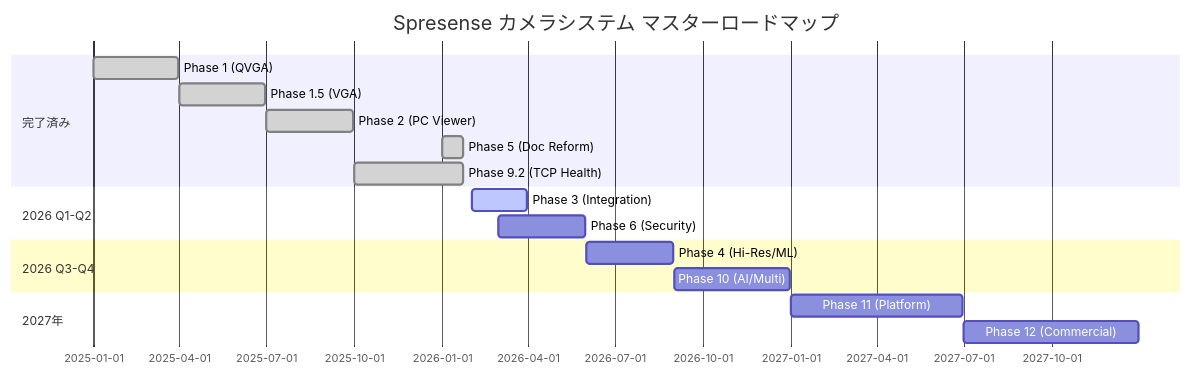
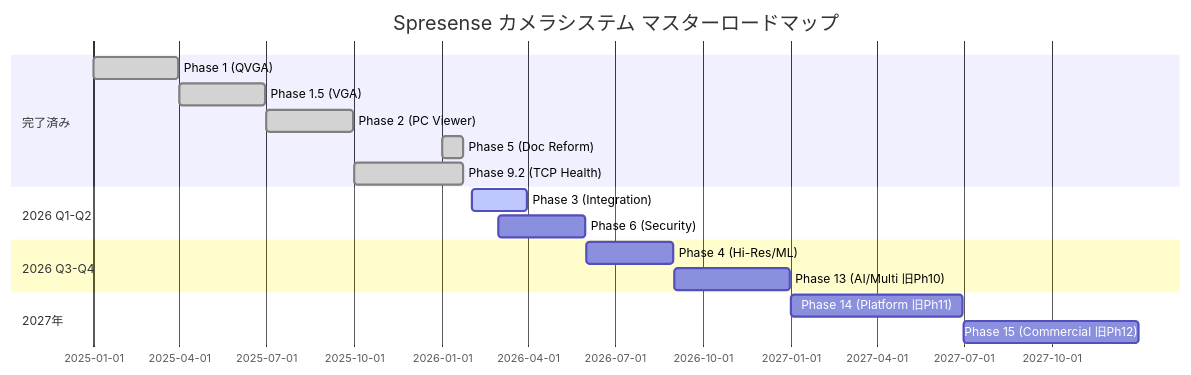
Before and after one commit to ken11111/Spr_wk: the diagram in docs/security_camera/05_future_actions/master_roadmap/MASTER_ROADMAP_2026.md, drawn with Mermaid. The commit also changed other lines of this file and 2 other files, not shown here.

First line of the commit message:
docs(roadmap): X-2 MASTER_ROADMAP_2026 v2.0 (Phase 番号再割り当て)

````diff
--- a/docs/security_camera/05_future_actions/master_roadmap/MASTER_ROADMAP_2026.md
+++ b/docs/security_camera/05_future_actions/master_roadmap/MASTER_ROADMAP_2026.md
@@ -42,23 +77,23 @@
 ```mermaid
 gantt
     title Spresense カメラシステム マスターロードマップ
     dateFormat  YYYY-MM-DD
     section 完了済み
     Phase 1 (QVGA)          :done, phase1, 2025-01-01, 2025-03-31
     Phase 1.5 (VGA)         :done, phase1_5, 2025-04-01, 2025-06-30
     Phase 2 (PC Viewer)     :done, phase2, 2025-07-01, 2025-09-30
     Phase 5 (Doc Reform)    :done, phase5, 2026-01-01, 2026-01-23
     Phase 9.2 (TCP Health)  :done, phase9_2, 2025-10-01, 2026-01-23
 
     section 2026 Q1-Q2
     Phase 3 (Integration)   :active, phase3, 2026-02-01, 2026-03-31
     Phase 6 (Security)      :phase6, 2026-03-01, 2026-05-31
 
     section 2026 Q3-Q4
     Phase 4 (Hi-Res/ML)     :phase4, 2026-06-01, 2026-08-31
-    Phase 10 (AI/Multi)     :phase10, 2026-09-01, 2026-12-31
+    Phase 13 (AI/Multi 旧Ph10) :phase13, 2026-09-01, 2026-12-31
 
     section 2027年
-    Phase 11 (Platform)     :2027-01-01, 2027-06-30
-    Phase 12 (Commercial)   :2027-07-01, 2027-12-31
+    Phase 14 (Platform 旧Ph11) :2027-01-01, 2027-06-30
+    Phase 15 (Commercial 旧Ph12) :2027-07-01, 2027-12-31
 ```
````
